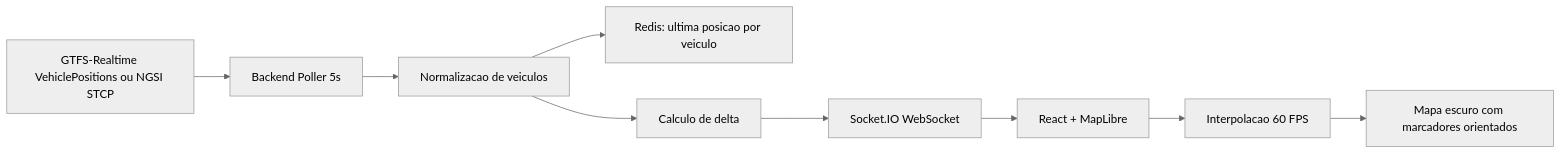
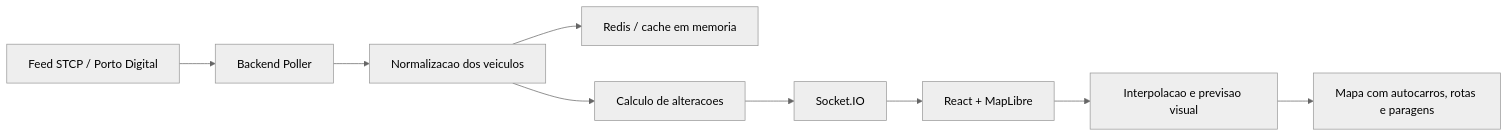
One commit to JGBotelho17/projeto-stcp-live-tracking-real-time changed the diagram in README.md. Above: the diagram before and after it, drawn with Mermaid (neutral theme). The commit also changed other lines of this file, not shown here.

````diff
--- a/README.md
+++ b/README.md
@@ -7,11 +61,11 @@
 ```mermaid
 flowchart LR
-  Feed["GTFS-Realtime VehiclePositions ou NGSI STCP"] --> Poller["Backend Poller 5s"]
-  Poller --> Normalizer["Normalizacao de veiculos"]
-  Normalizer --> Redis["Redis: ultima posicao por veiculo"]
-  Normalizer --> Delta["Calculo de delta"]
-  Delta --> WS["Socket.IO WebSocket"]
-  WS --> Client["React + MapLibre"]
-  Client --> Lerp["Interpolacao 60 FPS"]
-  Lerp --> Map["Mapa escuro com marcadores orientados"]
+  Feed["Feed STCP / Porto Digital"] --> Poller["Backend Poller"]
+  Poller --> Normalizer["Normalizacao dos veiculos"]
+  Normalizer --> Redis["Redis / cache em memoria"]
+  Normalizer --> Delta["Calculo de alteracoes"]
+  Delta --> WS["Socket.IO"]
+  WS --> Frontend["React + MapLibre"]
+  Frontend --> Motion["Interpolacao e previsao visual"]
+  Motion --> Map["Mapa com autocarros, rotas e paragens"]
 ```
````
